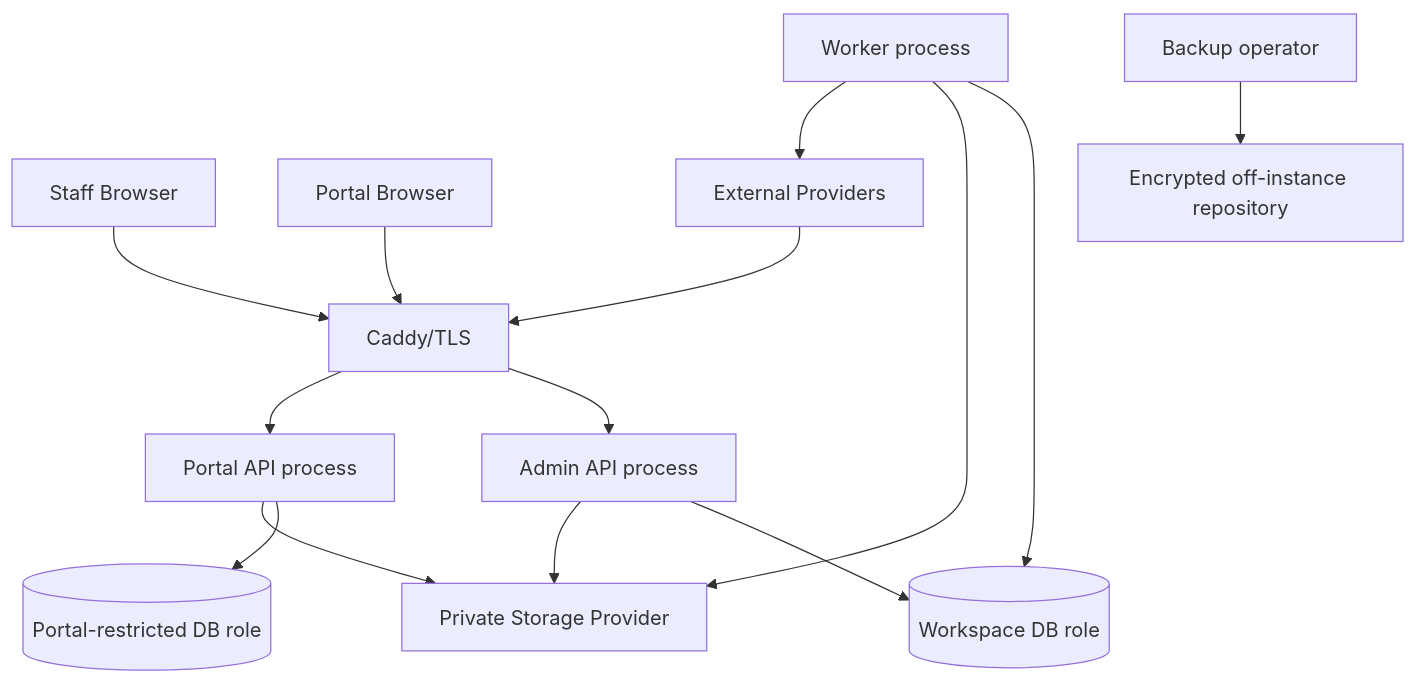
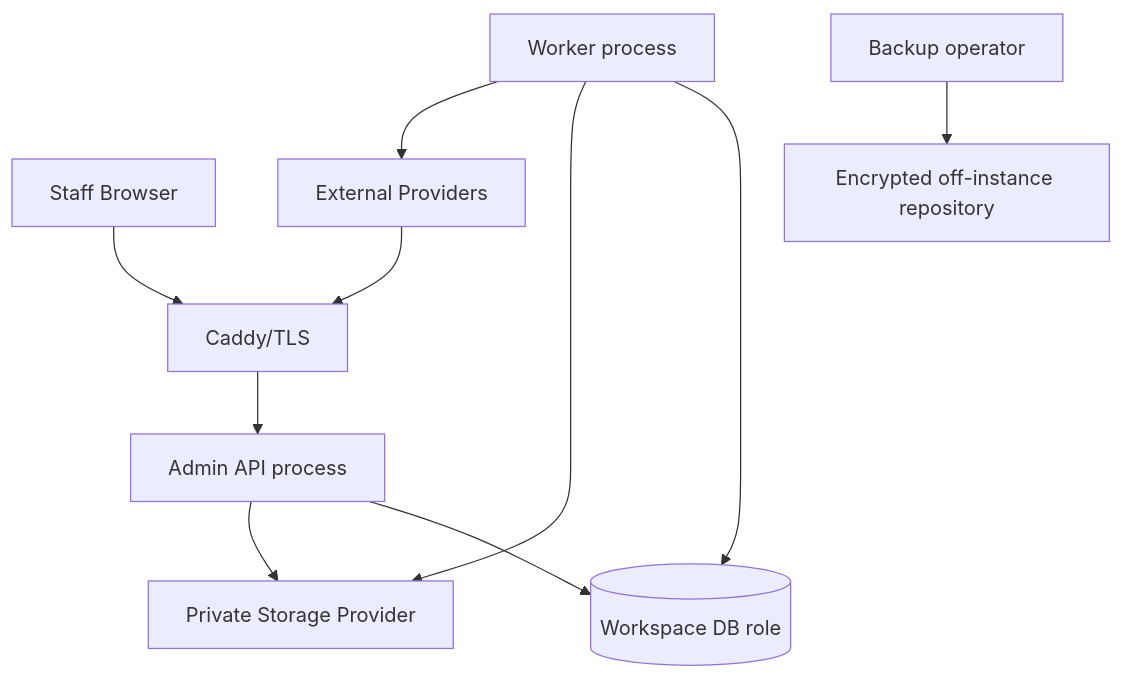
The diagram in docs/SECURITY_MODEL.md (ruisilva-bit/TravelOS), drawn with Mermaid before and after one commit. The commit also changed other lines of this file and 166 other files, not shown here.

````diff
--- a/docs/SECURITY_MODEL.md
+++ b/docs/SECURITY_MODEL.md
@@ -22,16 +21,12 @@
 ```mermaid
 flowchart TD
   SB[Staff Browser] --> RP[Caddy/TLS]
-  PB[Portal Browser] --> RP
   RP --> AAPI[Admin API process]
-  RP --> PAPI[Portal API process]
   AAPI --> ADB[(Workspace DB role)]
-  PAPI --> PDB[(Portal-restricted DB role)]
   AAPI --> FS[Private Storage Provider]
-  PAPI --> FS
   WK[Worker process] --> ADB
   WK --> FS
   WK --> EXT[External Providers]
   EXT --> RP
   BK[Backup operator] --> BR[Encrypted off-instance repository]
 ```
````
